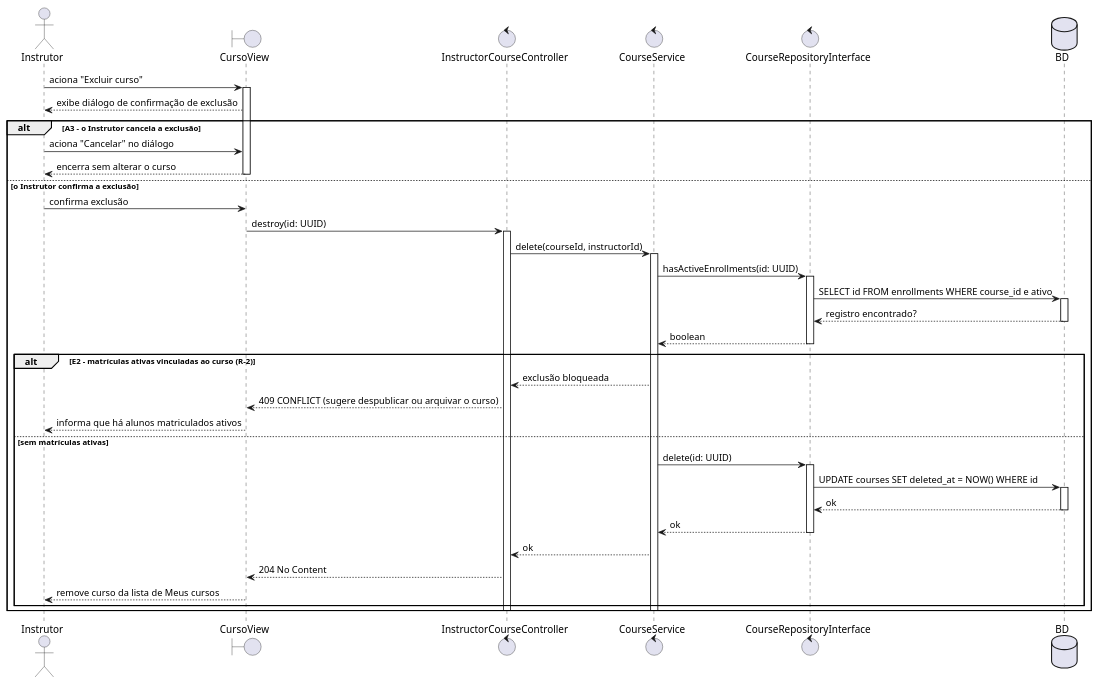
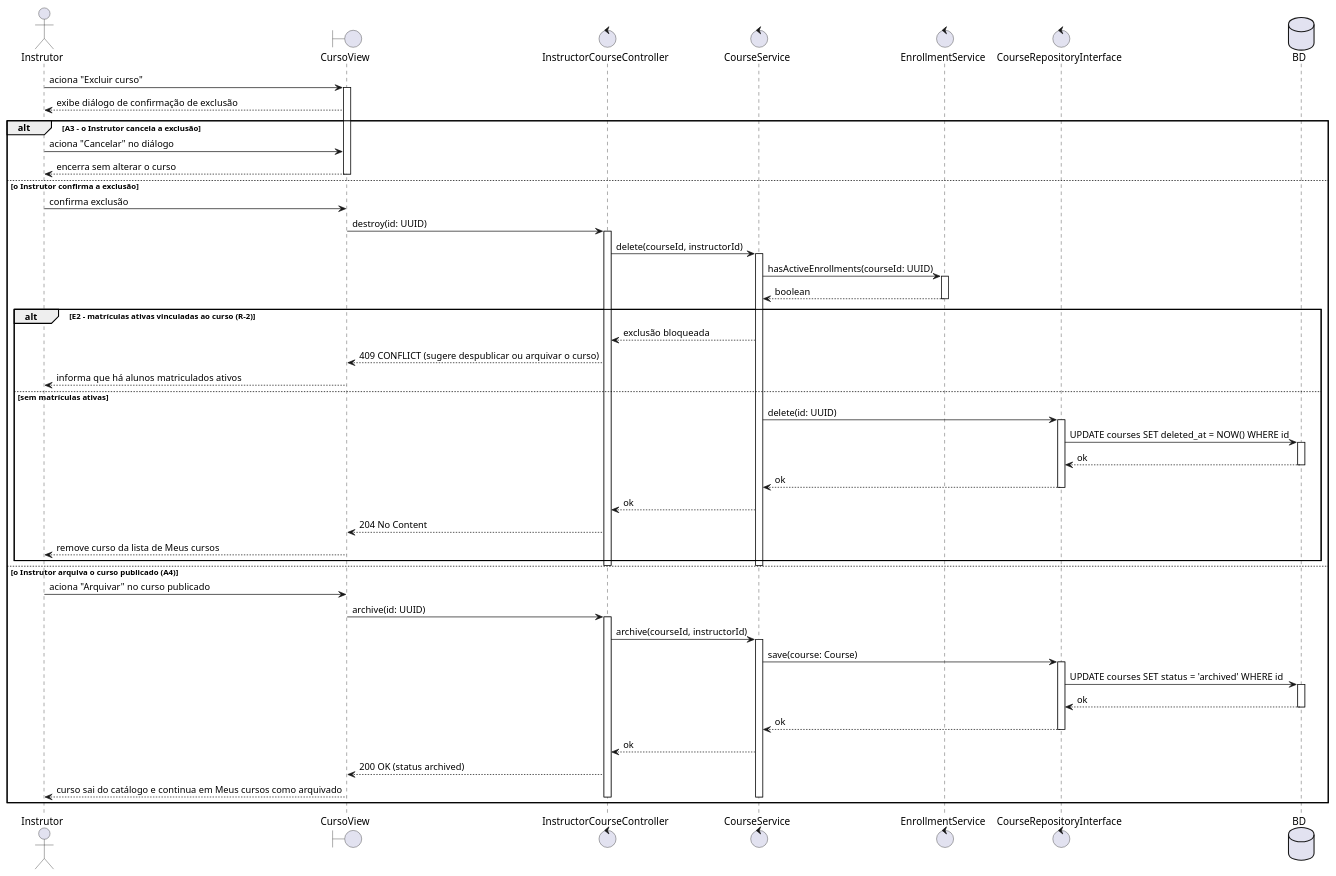
One commit to Plataforma-de-Cursos-TCC/plataforma-cursos-docs changed the diagram in scripts/drawio-seqgen/exemplos/14-sequencia-uc006-2.puml. Above: the diagram before and after it, drawn with PlantUML. The commit also changed other lines of this file and 9 other files, not shown here.

First line of the commit message:
docs(diagrama-de-sequencia): model archive flow and area C calls in area B

```diff
--- a/scripts/drawio-seqgen/exemplos/14-sequencia-uc006-2.puml
+++ b/scripts/drawio-seqgen/exemplos/14-sequencia-uc006-2.puml
@@ -3,39 +3,51 @@
 @startuml 14-sequencia-uc006-2
 
 actor Instrutor as INS
 boundary CursoView as V
 control InstructorCourseController as C
 control CourseService as S
+control EnrollmentService as E
 control CourseRepositoryInterface as R
 database BD
 
 INS -> V ++ : aciona "Excluir curso"
 V --> INS : exibe diálogo de confirmação de exclusão
 alt A3 - o Instrutor cancela a exclusão
   INS -> V : aciona "Cancelar" no diálogo
   V --> INS -- : encerra sem alterar o curso
 else o Instrutor confirma a exclusão
   INS -> V : confirma exclusão
   V -> C ++ : destroy(id: UUID)
   C -> S ++ : delete(courseId, instructorId)
-  S -> R ++ : hasActiveEnrollments(id: UUID)
-  R -> BD ++ : SELECT id FROM enrollments WHERE course_id e ativo
-  BD --> R -- : registro encontrado?
-  R --> S -- : boolean
+  S -> E ++ : hasActiveEnrollments(courseId: UUID)
+  E --> S -- : boolean
   alt E2 - matrículas ativas vinculadas ao curso (R-2)
     S --> C : exclusão bloqueada
     C --> V : 409 CONFLICT (sugere despublicar ou arquivar o curso)
     V --> INS : informa que há alunos matriculados ativos
   else sem matrículas ativas
     S -> R ++ : delete(id: UUID)
     R -> BD ++ : UPDATE courses SET deleted_at = NOW() WHERE id
     BD --> R -- : ok
     R --> S -- : ok
     S --> C : ok
     C --> V : 204 No Content
     V --> INS : remove curso da lista de Meus cursos
   end
   deactivate S
   deactivate C
+else o Instrutor arquiva o curso publicado (A4)
+  INS -> V : aciona "Arquivar" no curso publicado
+  V -> C ++ : archive(id: UUID)
+  C -> S ++ : archive(courseId, instructorId)
+  S -> R ++ : save(course: Course)
+  R -> BD ++ : UPDATE courses SET status = 'archived' WHERE id
+  BD --> R -- : ok
+  R --> S -- : ok
+  S --> C : ok
+  C --> V : 200 OK (status archived)
+  V --> INS : curso sai do catálogo e continua em Meus cursos como arquivado
+  deactivate S
+  deactivate C
 end
 @enduml
```
